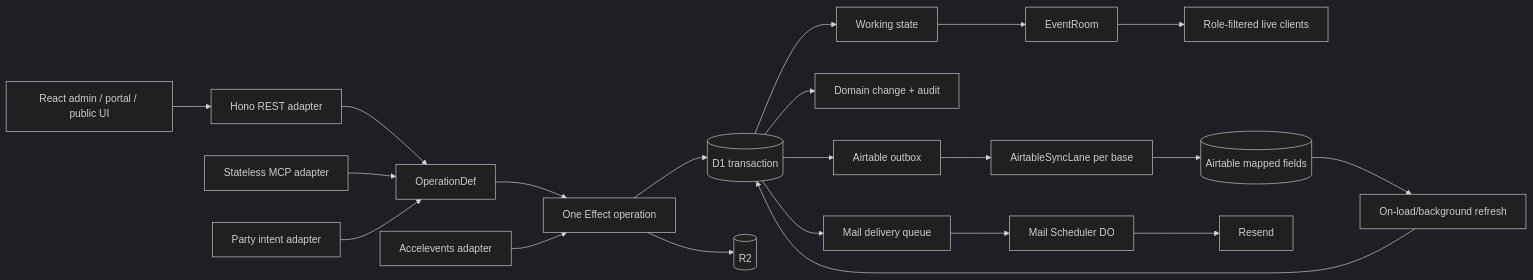
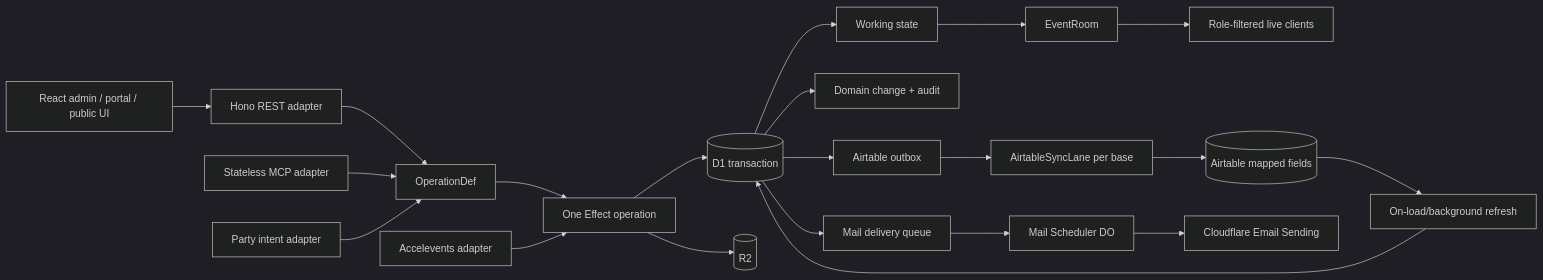
Before and after one commit to jpoehnelt/session-party: the first of 2 diagrams in PLAN.md, drawn with Mermaid (dark theme). The commit also changed other lines of this file and 14 other files, not shown here.

Commit message:
feat(mail): cut over to Cloudflare Email Sending

````diff
--- a/PLAN.md
+++ b/PLAN.md
@@ -56,23 +56,23 @@
 ```mermaid
 flowchart LR
   UI[React admin / portal / public UI] --> REST[Hono REST adapter]
   REST --> OP[OperationDef]
   MCP[Stateless MCP adapter] --> OP
   INTENT[Party intent adapter] --> OP
   OP --> FX[One Effect operation]
   FX --> TX[(D1 transaction)]
   TX --> STATE[Working state]
   TX --> LOG[Domain change + audit]
   TX --> AOUT[Airtable outbox]
   TX --> MOUT[Mail delivery queue]
   STATE --> ROOM[EventRoom]
   ROOM --> LIVE[Role-filtered live clients]
   AOUT --> LANE[AirtableSyncLane per base]
   LANE --> AT[(Airtable mapped fields)]
   AT --> REFRESH[On-load/background refresh]
   REFRESH --> TX
   MOUT --> SCHED[Mail Scheduler DO]
-  SCHED --> RESEND[Resend]
+  SCHED --> EMAIL[Cloudflare Email Sending]
   FX --> R2[(R2)]
   ACC[Accelevents adapter] --> FX
 ```
````
